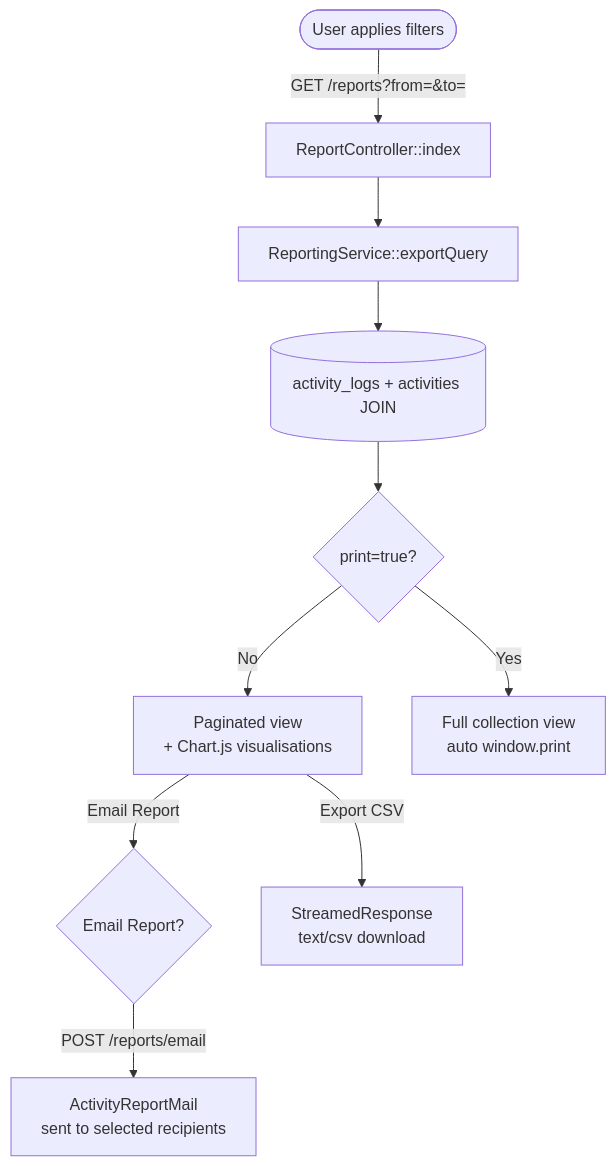
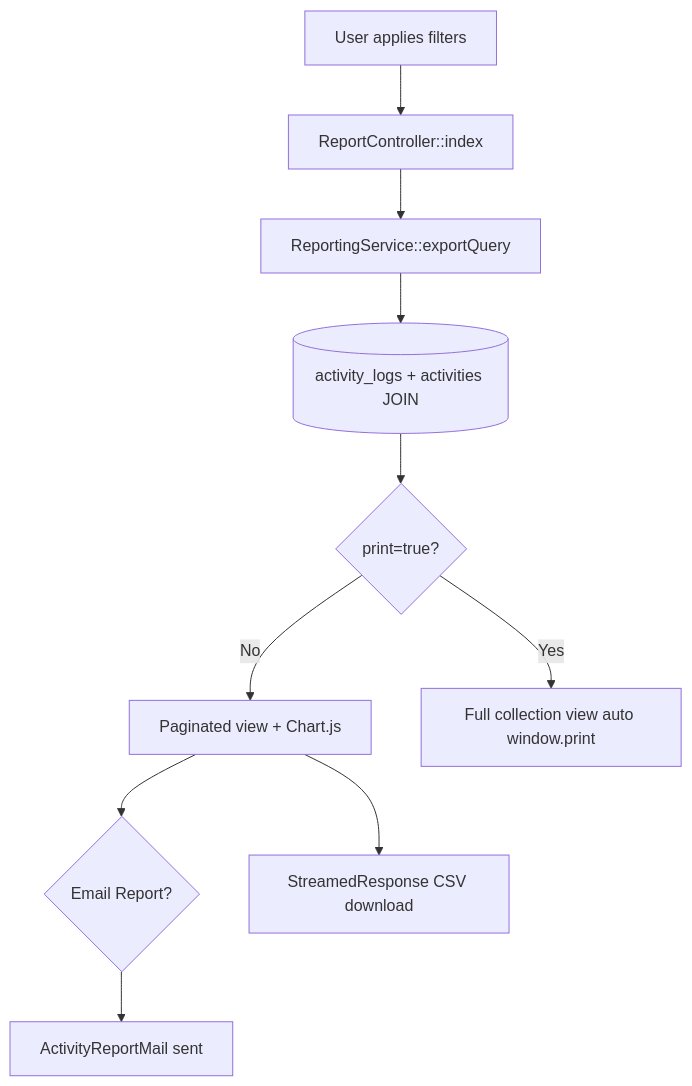
The fifth of 8 diagrams in docs/architecture.md (mhiskall282/npontu-technologies-sre), drawn with Mermaid before and after one commit. The commit also changed other lines of this file, not shown here.

Commit message:
docs(architecture): sanitize and standardize all 8 Mermaid diagrams for strict syntax compliance and responsive rendering

````diff
--- a/docs/architecture.md
+++ b/docs/architecture.md
@@ -209,23 +225,23 @@
 ```mermaid
 flowchart TD
-    User([User applies filters])
-    RC[ReportController::index]
-    RS[ReportingService::exportQuery]
-    DB[(activity_logs + activities JOIN)]
-    Check{print=true?}
-    Page[Paginated view\n+ Chart.js visualisations]
-    Print[Full collection view\nauto window.print]
-    Modal{Email Report?}
-    Mail[ActivityReportMail\nsent to selected recipients]
-    CSV[StreamedResponse\ntext/csv download]
+    User["User applies filters"]
+    RC["ReportController::index"]
+    RS["ReportingService::exportQuery"]
+    DB[("activity_logs + activities JOIN")]
+    Check{"print=true?"}
+    Page["Paginated view + Chart.js"]
+    Print["Full collection view auto window.print"]
+    Modal{"Email Report?"}
+    Mail["ActivityReportMail sent"]
+    CSV["StreamedResponse CSV download"]
 
-    User -->|GET /reports?from=&to=| RC
+    User --> RC
     RC --> RS
     RS --> DB
     DB --> Check
     Check -->|No| Page
     Check -->|Yes| Print
-    Page -->|Export CSV| CSV
-    Page -->|Email Report| Modal
-    Modal -->|POST /reports/email| Mail
+    Page --> CSV
+    Page --> Modal
+    Modal --> Mail
 ```
````
